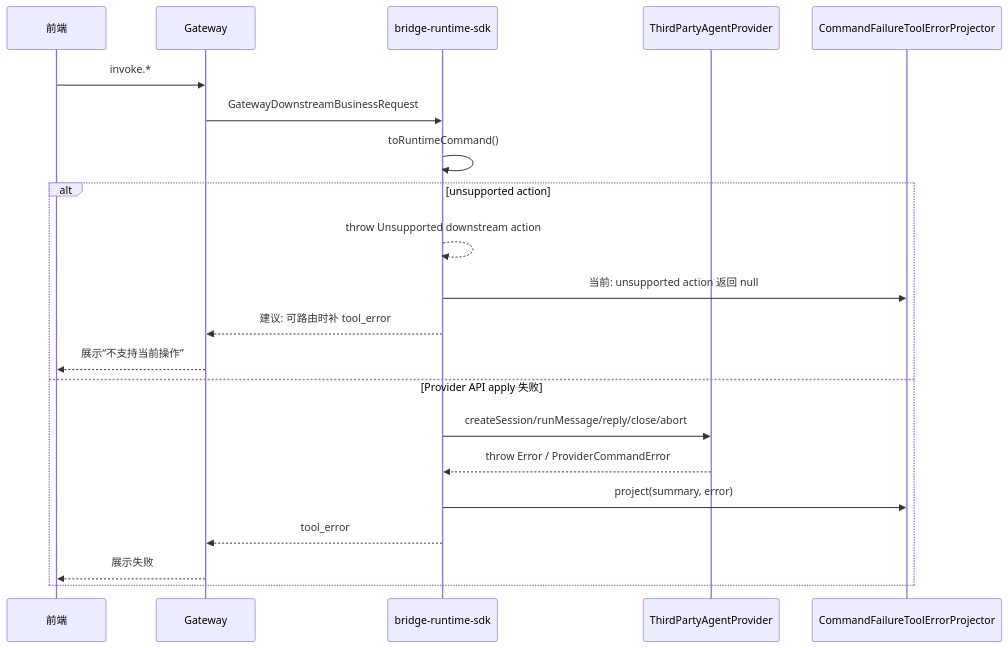
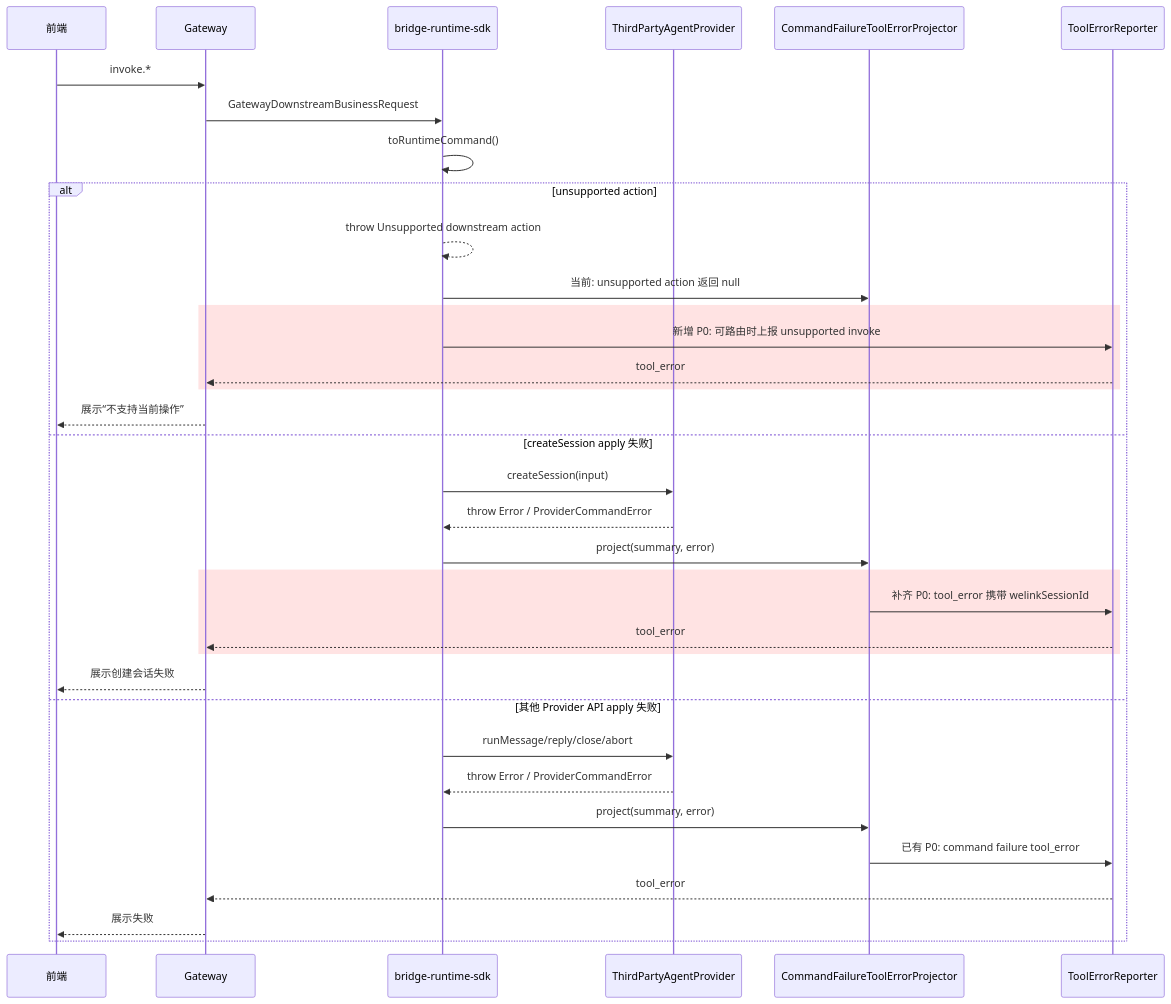
The second of 4 diagrams in docs/design/bridge-runtime-sdk-tool-error-exception-solution.md (yuzhangCZ/agent-plugin), drawn with Mermaid before and after one commit. The commit also changed other lines of this file, not shown here.

Commit message:
docs: explain sdk tool_error reporting stages

````diff
--- a/docs/design/bridge-runtime-sdk-tool-error-exception-solution.md
+++ b/docs/design/bridge-runtime-sdk-tool-error-exception-solution.md
@@ -66,24 +68,38 @@
 ```mermaid
 sequenceDiagram
     participant FE as 前端
     participant GW as Gateway
     participant SDK as bridge-runtime-sdk
     participant P as ThirdPartyAgentProvider
     participant CF as CommandFailureToolErrorProjector
+    participant TER as ToolErrorReporter
 
     FE->>GW: invoke.*
     GW->>SDK: GatewayDownstreamBusinessRequest
     SDK->>SDK: toRuntimeCommand()
     alt unsupported action
         SDK-->>SDK: throw Unsupported downstream action
         SDK->>CF: 当前: unsupported action 返回 null
-        SDK-->>GW: 建议: 可路由时补 tool_error
+        rect rgb(255, 227, 227)
+        SDK->>TER: 新增 P0: 可路由时上报 unsupported invoke
+        TER-->>GW: tool_error
+        end
         GW-->>FE: 展示“不支持当前操作”
-    else Provider API apply 失败
-        SDK->>P: createSession/runMessage/reply/close/abort
+    else createSession apply 失败
+        SDK->>P: createSession(input)
         P-->>SDK: throw Error / ProviderCommandError
         SDK->>CF: project(summary, error)
-        SDK-->>GW: tool_error
+        rect rgb(255, 227, 227)
+        CF->>TER: 补齐 P0: tool_error 携带 welinkSessionId
+        TER-->>GW: tool_error
+        end
+        GW-->>FE: 展示创建会话失败
+    else 其他 Provider API apply 失败
+        SDK->>P: runMessage/reply/close/abort
+        P-->>SDK: throw Error / ProviderCommandError
+        SDK->>CF: project(summary, error)
+        CF->>TER: 已有 P0: command failure tool_error
+        TER-->>GW: tool_error
         GW-->>FE: 展示失败
     end
 ```
````
